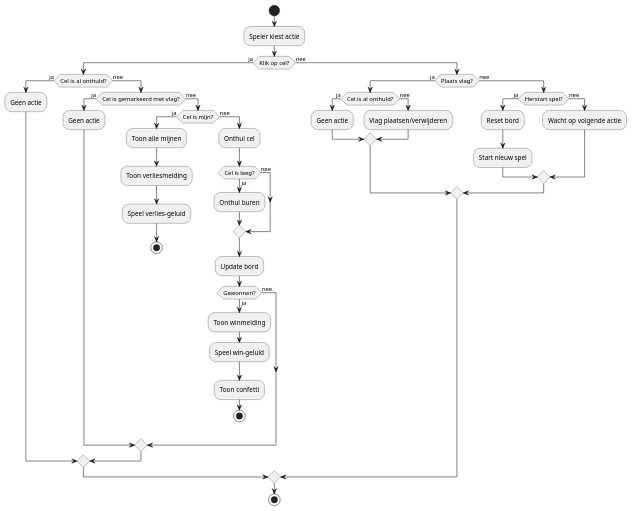
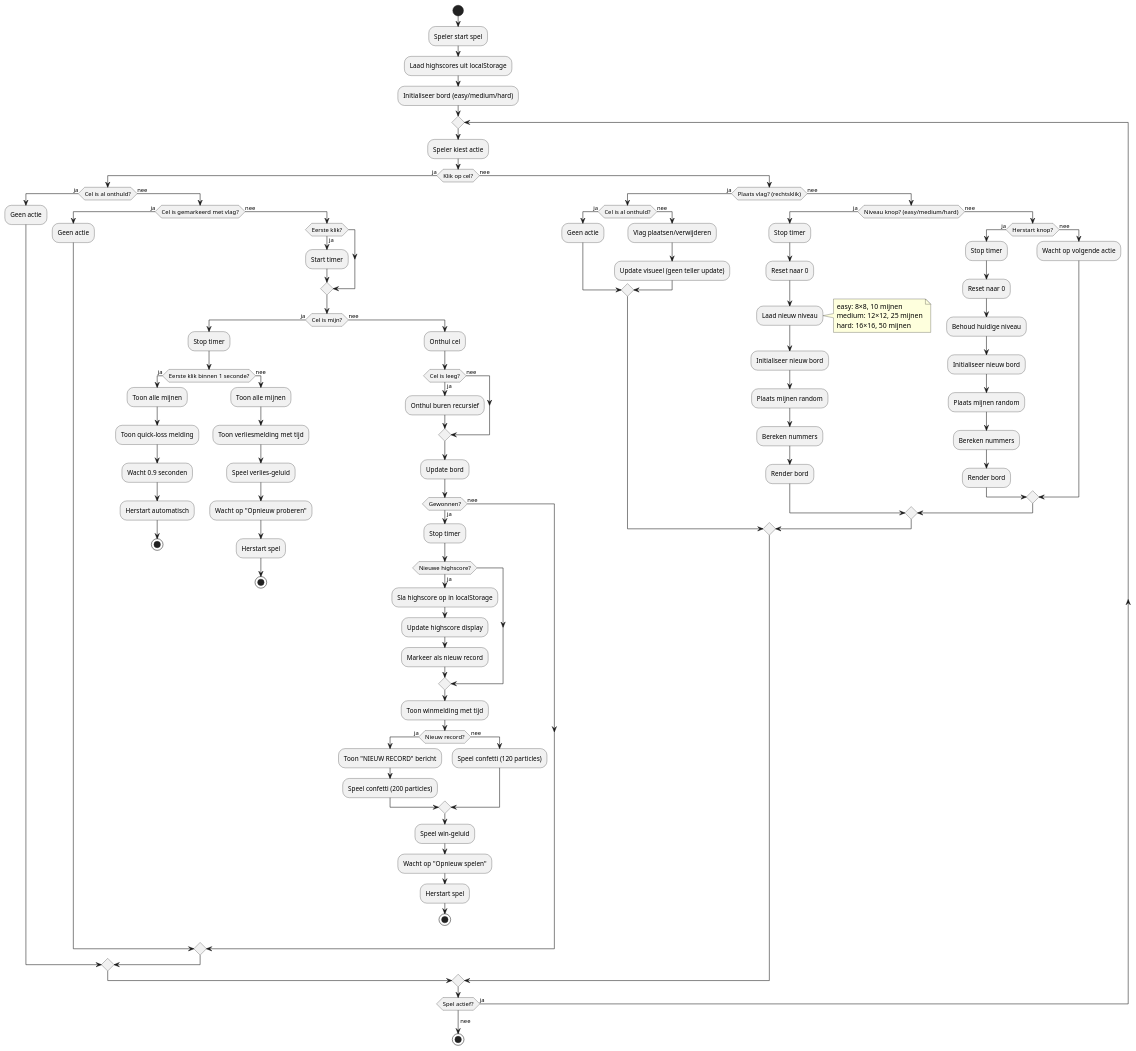
One commit to Elinekempe/Minesweeper changed the diagram in Diagrammen/activiteiten.puml. Above: the diagram before and after it, drawn with PlantUML.

Commit message:
Edit more functions

```diff
--- a/Diagrammen/activiteiten.puml
+++ b/Diagrammen/activiteiten.puml
@@ -1,52 +1,119 @@
 @startuml
 start
-:Speler kiest actie;
-if (Klik op cel?) then (ja)
-  if (Cel is al onthuld?) then (ja)
-    :Geen actie;
-  else (nee)
-    if (Cel is gemarkeerd met vlag?) then (ja)
+:Speler start spel;
+:Laad highscores uit localStorage;
+:Initialiseer bord (easy/medium/hard);
+
+repeat
+  :Speler kiest actie;
+  
+  if (Klik op cel?) then (ja)
+    if (Cel is al onthuld?) then (ja)
       :Geen actie;
     else (nee)
-      if (Cel is mijn?) then (ja)
-        :Toon alle mijnen;
-        :Toon verliesmelding;
-        :Speel verlies-geluid;
-        stop
+      if (Cel is gemarkeerd met vlag?) then (ja)
+        :Geen actie;
       else (nee)
-        :Onthul cel;
-        if (Cel is leeg?) then (ja)
-          :Onthul buren;
+        if (Eerste klik?) then (ja)
+          :Start timer;
+        endif
+        
+        if (Cel is mijn?) then (ja)
+          :Stop timer;
+          
+          if (Eerste klik binnen 1 seconde?) then (ja)
+            :Toon alle mijnen;
+            :Toon quick-loss melding;
+            :Wacht 0.9 seconden;
+            :Herstart automatisch;
+            stop
+          else (nee)
+            :Toon alle mijnen;
+            :Toon verliesmelding met tijd;
+            :Speel verlies-geluid;
+            :Wacht op "Opnieuw proberen";
+            :Herstart spel;
+            stop
+          endif
+          
         else (nee)
-          ' Geen extra actie nodig
+          :Onthul cel;
+          if (Cel is leeg?) then (ja)
+            :Onthul buren recursief;
+          else (nee)
+            ' Toon nummer
+          endif
+          :Update bord;
+          
+          if (Gewonnen?) then (ja)
+            :Stop timer;
+            
+            if (Nieuwe highscore?) then (ja)
+              :Sla highscore op in localStorage;
+              :Update highscore display;
+              :Markeer als nieuw record;
+            endif
+            
+            :Toon winmelding met tijd;
+            if (Nieuw record?) then (ja)
+              :Toon "NIEUW RECORD" bericht;
+              :Speel confetti (200 particles);
+            else (nee)
+              :Speel confetti (120 particles);
+            endif
+            :Speel win-geluid;
+            :Wacht op "Opnieuw spelen";
+            :Herstart spel;
+            stop
+          else (nee)
+            ' Spel gaat verder
+          endif
         endif
-        :Update bord;
-        if (Gewonnen?) then (ja)
-          :Toon winmelding;
-          :Speel win-geluid;
-          :Toon confetti;
-          stop
+      endif
+    endif
+    
+  else (nee)
+    if (Plaats vlag? (rechtsklik)) then (ja)
+      if (Cel is al onthuld?) then (ja)
+        :Geen actie;
+      else (nee)
+        :Vlag plaatsen/verwijderen;
+        :Update visueel (geen teller update);
+      endif
+      
+    else (nee)
+      if (Niveau knop? (easy/medium/hard)) then (ja)
+        :Stop timer;
+        :Reset naar 0;
+        :Laad nieuw niveau;
+        note right
+          easy: 8×8, 10 mijnen
+          medium: 12×12, 25 mijnen
+          hard: 16×16, 50 mijnen
+        end note
+        :Initialiseer nieuw bord;
+        :Plaats mijnen random;
+        :Bereken nummers;
+        :Render bord;
+        
+      else (nee)
+        if (Herstart knop?) then (ja)
+          :Stop timer;
+          :Reset naar 0;
+          :Behoud huidige niveau;
+          :Initialiseer nieuw bord;
+          :Plaats mijnen random;
+          :Bereken nummers;
+          :Render bord;
         else (nee)
-          ' Spel gaat verder
+          :Wacht op volgende actie;
         endif
       endif
     endif
   endif
-else (nee)
-  if (Plaats vlag?) then (ja)
-    if (Cel is al onthuld?) then (ja)
-      :Geen actie;
-    else (nee)
-      :Vlag plaatsen/verwijderen;
-    endif
-  else (nee)
-    if (Herstart spel?) then (ja)
-      :Reset bord;
-      :Start nieuw spel;
-    else (nee)
-      :Wacht op volgende actie;
-    endif
-  endif
-endif
+  
+repeat while (Spel actief?) is (ja)
+->nee;
+
 stop
 @enduml
```
